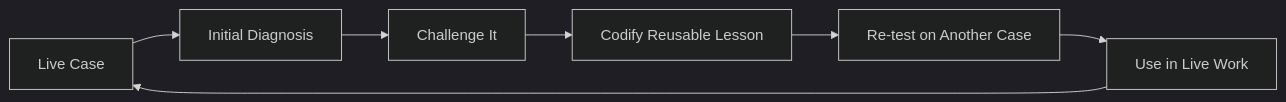
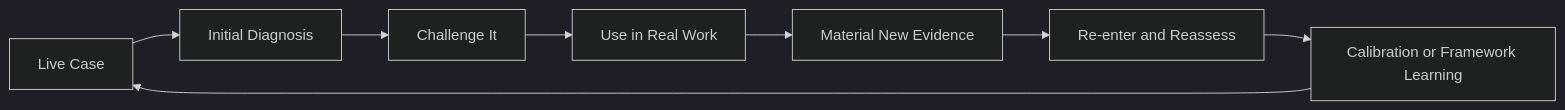
Before and after one commit to sschoenfeld-scotty/gtm-ai-reasoning-systems: the second of 2 diagrams in README.md, drawn with Mermaid (dark theme). The commit also changed other lines of this file and 1 other file, not shown here.

````diff
--- a/README.md
+++ b/README.md
@@ -100,9 +166,10 @@
 ```mermaid
 flowchart LR
     A[Live Case] --> B[Initial Diagnosis]
     B --> C[Challenge It]
-    C --> D[Codify Reusable Lesson]
-    D --> E[Re-test on Another Case]
-    E --> F[Use in Live Work]
-    F --> A
+    C --> D[Use in Real Work]
+    D --> E[Material New Evidence]
+    E --> F[Re-enter and Reassess]
+    F --> G[Calibration or Framework Learning]
+    G --> A
 ```
````
